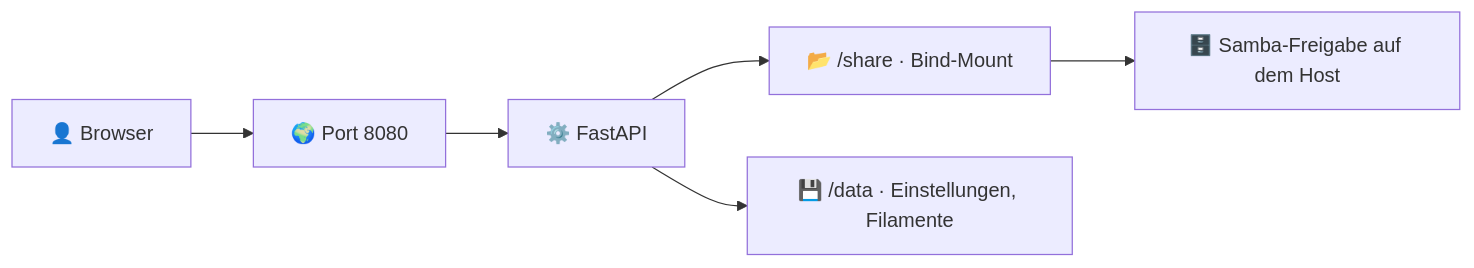
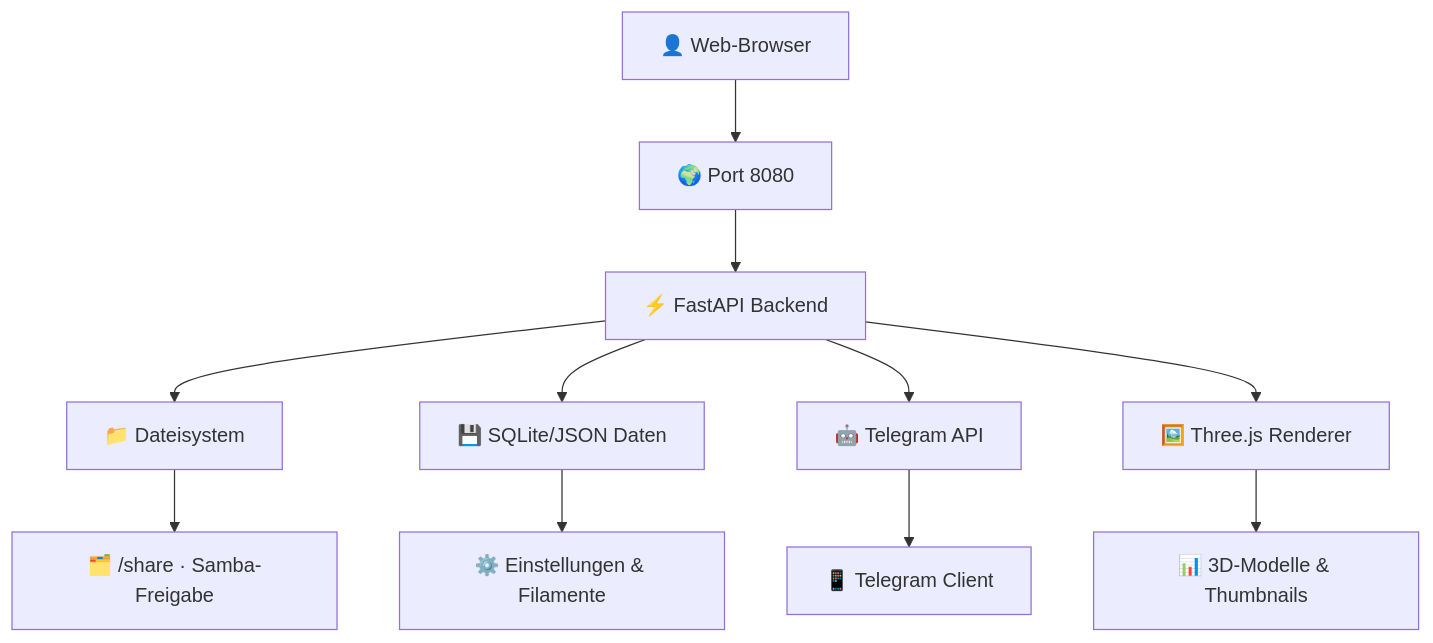
Before and after one commit to jbkunama1/hAI.3DDir: the diagram in README.md, drawn with Mermaid. The commit also changed other lines of this file and 1 other file, not shown here.

````diff
--- a/README.md
+++ b/README.md
@@ -34,8 +77,13 @@
 ```mermaid
-flowchart LR
-    A[👤 Browser] --> B[🌍 Port 8080]
-    B --> C[⚙️ FastAPI]
-    C --> D[📂 /share · Bind-Mount]
-    C --> E[💾 /data · Einstellungen, Filamente]
-    D --> F[🗄️ Samba-Freigabe auf dem Host]
+flowchart TD
+    A[👤 Web-Browser] --> B[🌍 Port 8080]
+    B --> C[⚡ FastAPI Backend]
+    C --> D[📁 Dateisystem]
+    D --> E[🗂️ /share · Samba-Freigabe]
+    C --> F[💾 SQLite/JSON Daten]
+    F --> G[⚙️ Einstellungen & Filamente]
+    C --> H[🤖 Telegram API]
+    H --> I[📱 Telegram Client]
+    C --> J[🖼️ Three.js Renderer]
+    J --> K[📊 3D-Modelle & Thumbnails]
 ```
````
